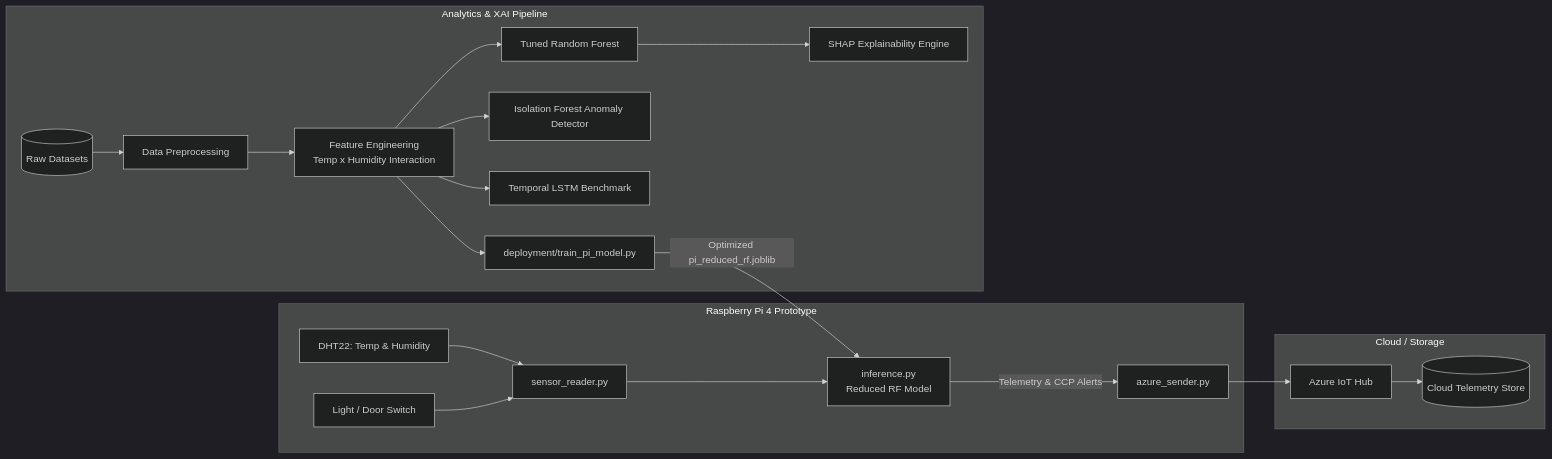
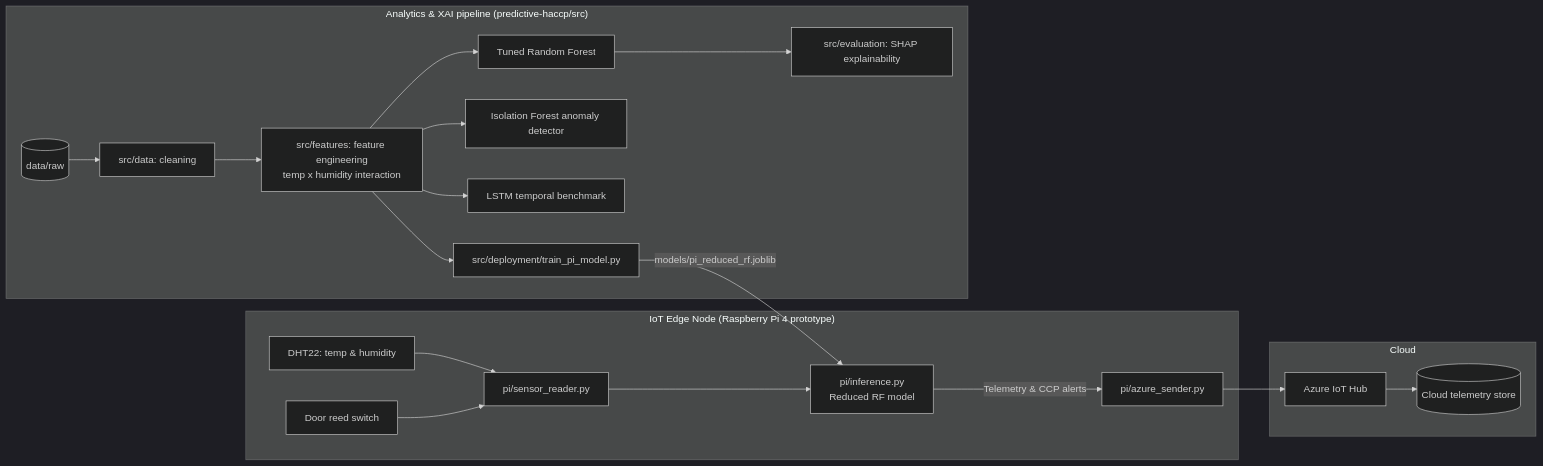
One commit to asmeromberhane/ai-enabled-predictive-haccp-iot-monitoring changed the diagram in README.md. Above: the diagram before and after it, drawn with Mermaid (dark theme). The commit also changed other lines of this file, not shown here.

````diff
--- a/README.md
+++ b/README.md
@@ -21,25 +21,25 @@
 ```mermaid
 graph LR
-    subgraph IoT Edge Node [Raspberry Pi 4 Prototype]
-        S1[DHT22: Temp & Humidity] --> SR[sensor_reader.py]
-        S2[Light / Door Switch] --> SR
-        SR --> INF[inference.py<br/>Reduced RF Model]
-        INF -->|Telemetry & CCP Alerts| AZ[azure_sender.py]
+    subgraph EDGE ["IoT Edge Node (Raspberry Pi 4 prototype)"]
+        S1["DHT22: temp & humidity"] --> SR["pi/sensor_reader.py"]
+        S2["Door reed switch"] --> SR
+        SR --> INF["pi/inference.py<br/>Reduced RF model"]
+        INF -->|"Telemetry & CCP alerts"| AZ["pi/azure_sender.py"]
     end
 
-    subgraph Cloud / Storage
-        AZ --> IOTHUB[Azure IoT Hub]
-        IOTHUB --> DB[(Cloud Telemetry Store)]
+    subgraph CLOUD ["Cloud"]
+        AZ --> IOTHUB["Azure IoT Hub"]
+        IOTHUB --> DB[("Cloud telemetry store")]
     end
 
-    subgraph Analytics & XAI Pipeline
-        RAW[(Raw Datasets)] --> PP[Data Preprocessing]
-        PP --> FE[Feature Engineering<br/>Temp x Humidity Interaction]
-        FE --> M1[Tuned Random Forest]
-        FE --> M2[Isolation Forest Anomaly Detector]
-        FE --> M3[Temporal LSTM Benchmark]
-        M1 --> SHAP[SHAP Explainability Engine]
-        FE --> DEPL[deployment/train_pi_model.py]
-        DEPL -->|Optimized pi_reduced_rf.joblib| INF
+    subgraph PIPE ["Analytics & XAI pipeline (predictive-haccp/src)"]
+        RAW[("data/raw")] --> PP["src/data: cleaning"]
+        PP --> FE["src/features: feature engineering<br/>temp x humidity interaction"]
+        FE --> M1["Tuned Random Forest"]
+        FE --> M2["Isolation Forest anomaly detector"]
+        FE --> M3["LSTM temporal benchmark"]
+        M1 --> SHAP["src/evaluation: SHAP explainability"]
+        FE --> DEPL["src/deployment/train_pi_model.py"]
+        DEPL -->|"models/pi_reduced_rf.joblib"| INF
     end
 ```
````
